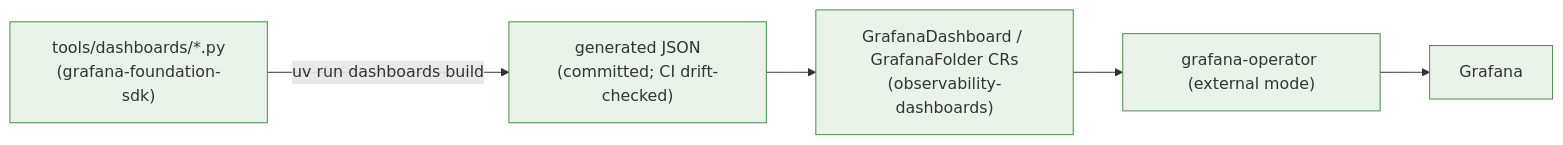
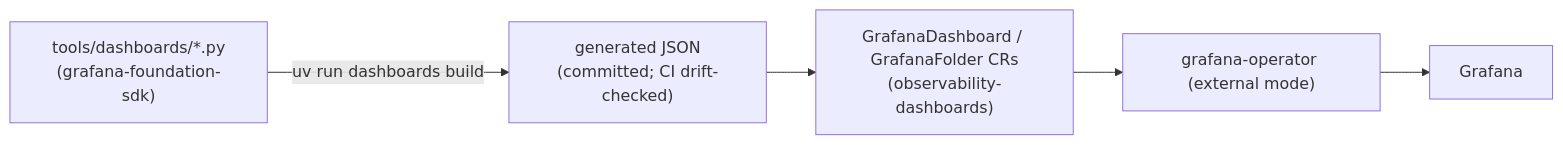
The third of 4 diagrams in docs/architecture/08-observability.md (ADORSYS-GIS/ai-helm), drawn with Mermaid before and after one commit. The commit also changed other lines of this file and 13 other files, not shown here.

First line of the commit message:
docs(architecture): uncolor all mermaid; refresh CD/components; add diagrams

````diff
--- a/docs/architecture/08-observability.md
+++ b/docs/architecture/08-observability.md
@@ -90,12 +87,11 @@
 ```mermaid
 flowchart LR
-    PY["tools/dashboards/*.py<br/>(grafana-foundation-sdk)"]:::own
-    JSON["generated JSON<br/>(committed; CI drift-checked)"]:::own
-    CR["GrafanaDashboard / GrafanaFolder CRs<br/>(observability-dashboards)"]:::own
-    OP["grafana-operator (external mode)"]:::own
-    G["Grafana"]:::own
+    PY["tools/dashboards/*.py<br/>(grafana-foundation-sdk)"]
+    JSON["generated JSON<br/>(committed; CI drift-checked)"]
+    CR["GrafanaDashboard / GrafanaFolder CRs<br/>(observability-dashboards)"]
+    OP["grafana-operator (external mode)"]
+    G["Grafana"]
 
     PY -->|"uv run dashboards build"| JSON --> CR --> OP --> G
 
-    classDef own fill:#eaf3ea,stroke:#4a8a4a;
 ```
````
